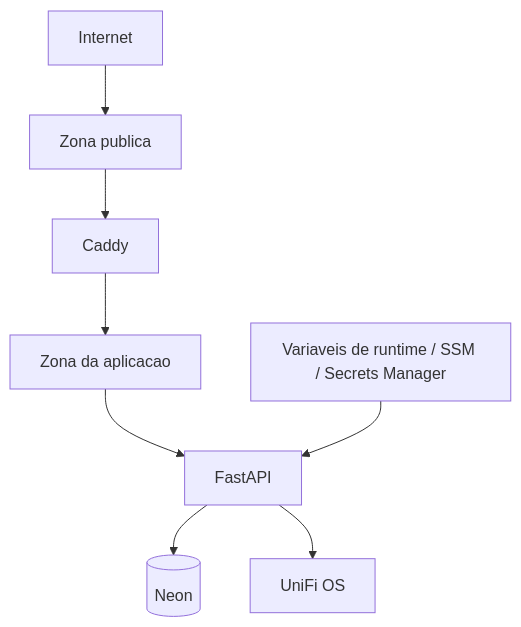
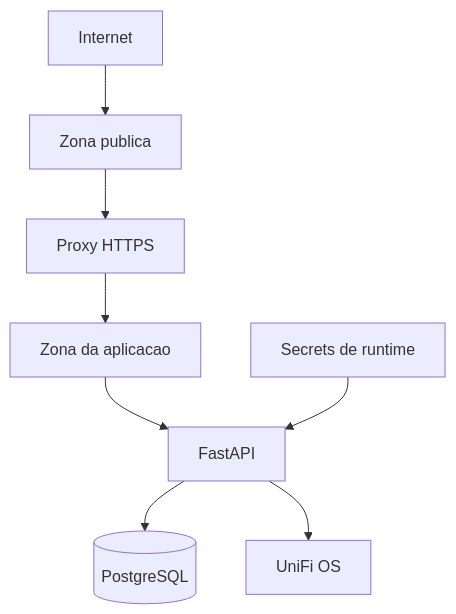
The sixth of 6 diagrams in README.md (roberth-silva-lab/Captive-portal), drawn with Mermaid before and after one commit. The commit also changed other lines of this file, not shown here.

````diff
--- a/README.md
+++ b/README.md
@@ -93,10 +93,10 @@
 ```mermaid
 flowchart TD
   Internet --> PublicZone[Zona publica]
-  PublicZone --> Caddy
-  Caddy --> AppZone[Zona da aplicacao]
+  PublicZone --> Proxy[Proxy HTTPS]
+  Proxy --> AppZone[Zona da aplicacao]
   AppZone --> FastAPI
-  FastAPI --> Database[(Neon)]
+  FastAPI --> Database[(PostgreSQL)]
   FastAPI --> UniFi[UniFi OS]
-  Secrets[Variaveis de runtime / SSM / Secrets Manager] --> FastAPI
+  Secrets[Secrets de runtime] --> FastAPI
 ```
````
